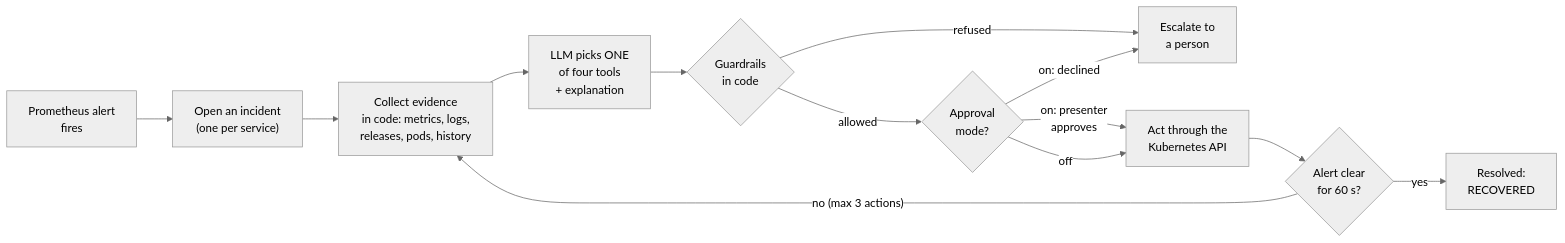
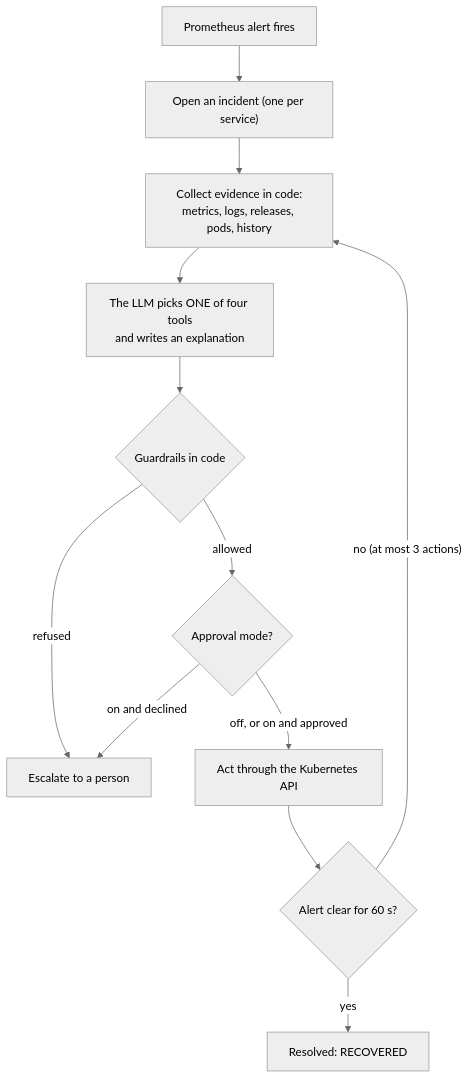
The first of 6 diagrams in README.md (Kaizer-1/CircuitBreaker), drawn with Mermaid (neutral theme) before and after one commit. The commit also changed other lines of this file, not shown here.

Commit message:
docs(readme): the agent's loop and the release flow top to bottom, readable in GitHub's column

````diff
--- a/README.md
+++ b/README.md
@@ -79,15 +79,14 @@
 ```mermaid
-flowchart LR
-    A["Prometheus alert<br/>fires"] --> B["Open an incident<br/>(one per service)"]
-    B --> C["Collect evidence<br/>in code: metrics, logs,<br/>releases, pods, history"]
-    C --> D["LLM picks ONE<br/>of four tools<br/>+ explanation"]
-    D --> E{"Guardrails<br/>in code"}
-    E -- refused --> X["Escalate to<br/>a person"]
-    E -- allowed --> F{"Approval<br/>mode?"}
-    F -- "on: presenter<br/>approves" --> G["Act through the<br/>Kubernetes API"]
-    F -- off --> G
-    F -- "on: declined" --> X
-    G --> H{"Alert clear<br/>for 60 s?"}
-    H -- yes --> R["Resolved:<br/>RECOVERED"]
-    H -- "no (max 3 actions)" --> C
+flowchart TB
+    A["Prometheus alert fires"] --> B["Open an incident (one per service)"]
+    B --> C["Collect evidence in code:<br/>metrics, logs, releases, pods, history"]
+    C --> D["The LLM picks ONE of four tools<br/>and writes an explanation"]
+    D --> E{"Guardrails in code"}
+    E -- refused --> X["Escalate to a person"]
+    E -- allowed --> F{"Approval mode?"}
+    F -- "off, or on and approved" --> G["Act through the Kubernetes API"]
+    F -- "on and declined" --> X
+    G --> H{"Alert clear for 60 s?"}
+    H -- yes --> R["Resolved: RECOVERED"]
+    H -- "no (at most 3 actions)" --> C
 ```
````
